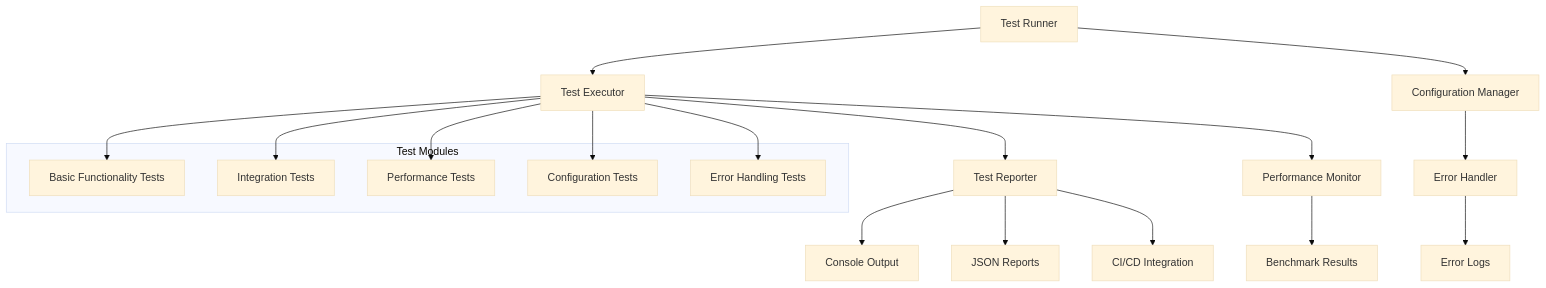
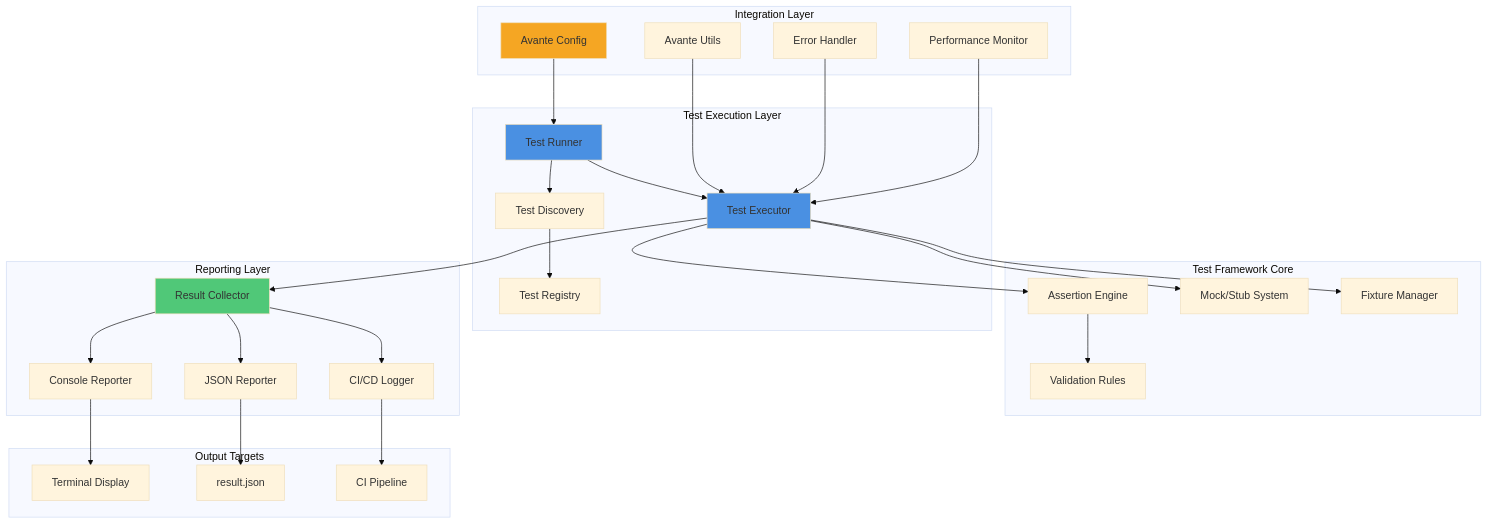
The first of 2 diagrams in .something/tech_design.md (yetone/avante.nvim), drawn with Mermaid (base theme) before and after one commit. The commit also changed other lines of this file and 3 other files, not shown here.

First line of the commit message:
feat: update test framework documentation and scenario validation

````diff
--- a/.something/tech_design.md
+++ b/.something/tech_design.md
@@ -29,29 +57,40 @@
 ```mermaid
 flowchart TB
-    A[Test Runner] --> B[Test Executor]
-    B --> C[Test Reporter]
-    A --> D[Configuration Manager]
-    D --> E[Error Handler]
-    B --> F[Performance Monitor]
-
-    subgraph "Test Modules"
-        G[Basic Functionality Tests]
-        H[Integration Tests]
-        I[Performance Tests]
-        J[Configuration Tests]
-        K[Error Handling Tests]
+    subgraph "Test Execution Layer"
+        A[Test Runner] --> B[Test Discovery]
+        A --> C[Test Executor]
+        B --> D[Test Registry]
     end
 
-    B --> G
-    B --> H
-    B --> I
-    B --> J
-    B --> K
+    subgraph "Test Framework Core"
+        C --> E[Assertion Engine]
+        C --> F[Mock/Stub System]
+        C --> G[Fixture Manager]
+        E --> H[Validation Rules]
+    end
 
-    C --> L[Console Output]
-    C --> M[JSON Reports]
-    C --> N[CI/CD Integration]
+    subgraph "Reporting Layer"
+        C --> I[Result Collector]
+        I --> J[Console Reporter]
+        I --> K[JSON Reporter]
+        I --> L[CI/CD Logger]
+    end
 
-    F --> O[Benchmark Results]
-    E --> P[Error Logs]
+    subgraph "Integration Layer"
+        M[Avante Config] --> A
+        N[Avante Utils] --> C
+        O[Error Handler] --> C
+        P[Performance Monitor] --> C
+    end
+
+    subgraph "Output Targets"
+        J --> Q[Terminal Display]
+        K --> R[result.json]
+        L --> S[CI Pipeline]
+    end
+
+    style A fill:#4A90E2
+    style C fill:#4A90E2
+    style I fill:#50C878
+    style M fill:#F5A623
 ```
````
